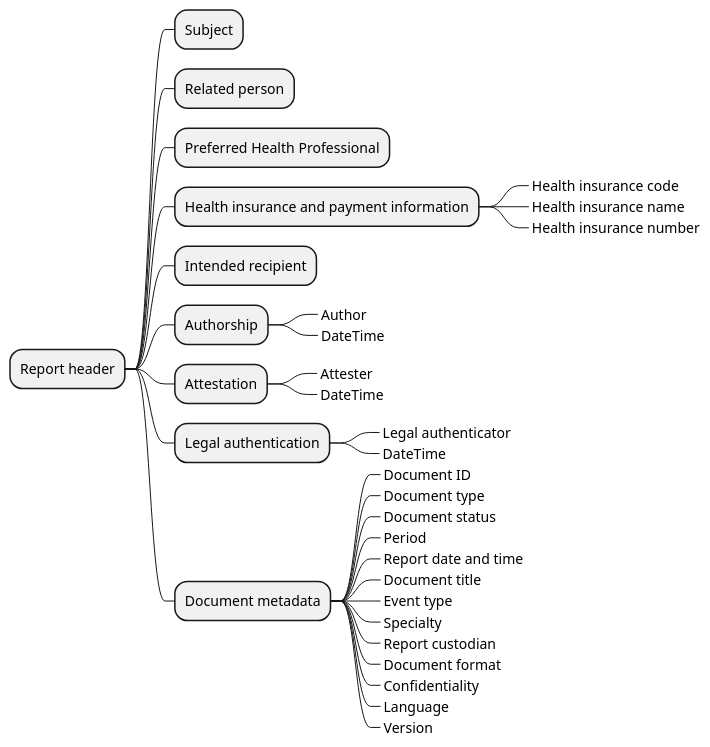
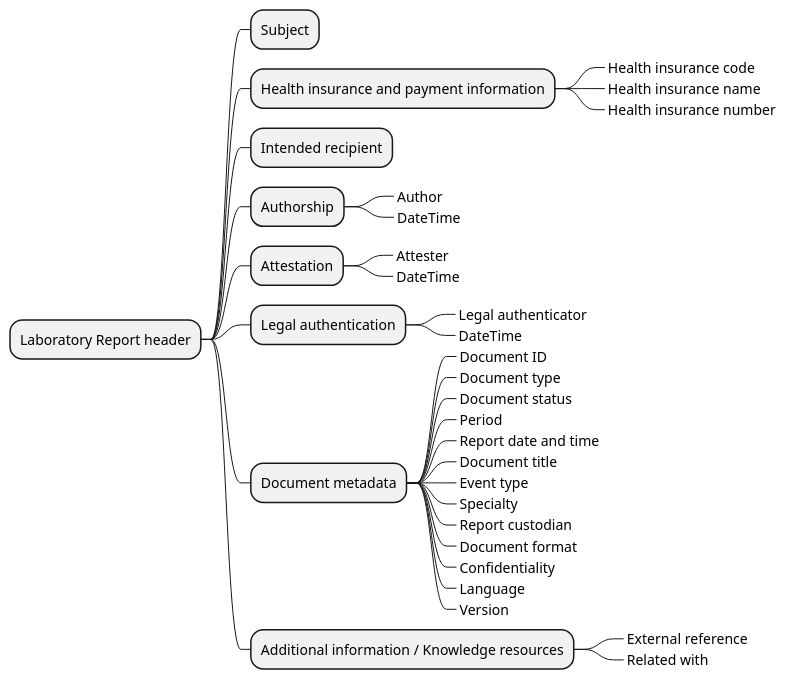
Before and after one commit to Xt-EHR/xt-ehr-common: the diagram in input/images-source/labReportHeader_CIM.plantuml, drawn with PlantUML.

```diff
--- a/input/images-source/labReportHeader_CIM.plantuml
+++ b/input/images-source/labReportHeader_CIM.plantuml
@@ -1,34 +1,38 @@
 @startmindmap
-* Report header
+* Laboratory Report header
 ** Subject
-** Related person
+/'    Shell we keep or not?
 ** Preferred Health Professional
+'/
 ** Health insurance and payment information
 ***_ Health insurance code
 ***_ Health insurance name
 ***_ Health insurance number
 ** Intended recipient
 ** Authorship
 ***_ Author
 ***_ DateTime
 ** Attestation
 ***_ Attester
 ***_ DateTime
 ** Legal authentication
 ***_ Legal authenticator
 ***_ DateTime
 ** Document metadata
 ***_ Document ID
 ***_ Document type
 ***_ Document status
 ***_ Period
 ***_ Report date and time
 ***_ Document title
 ***_ Event type
 ***_ Specialty
 ***_ Report custodian
 ***_ Document format
 ***_ Confidentiality
 ***_ Language
 ***_ Version
+** Additional information / Knowledge resources
+***_ External reference
+***_ Related with
 @endmindmap
```
